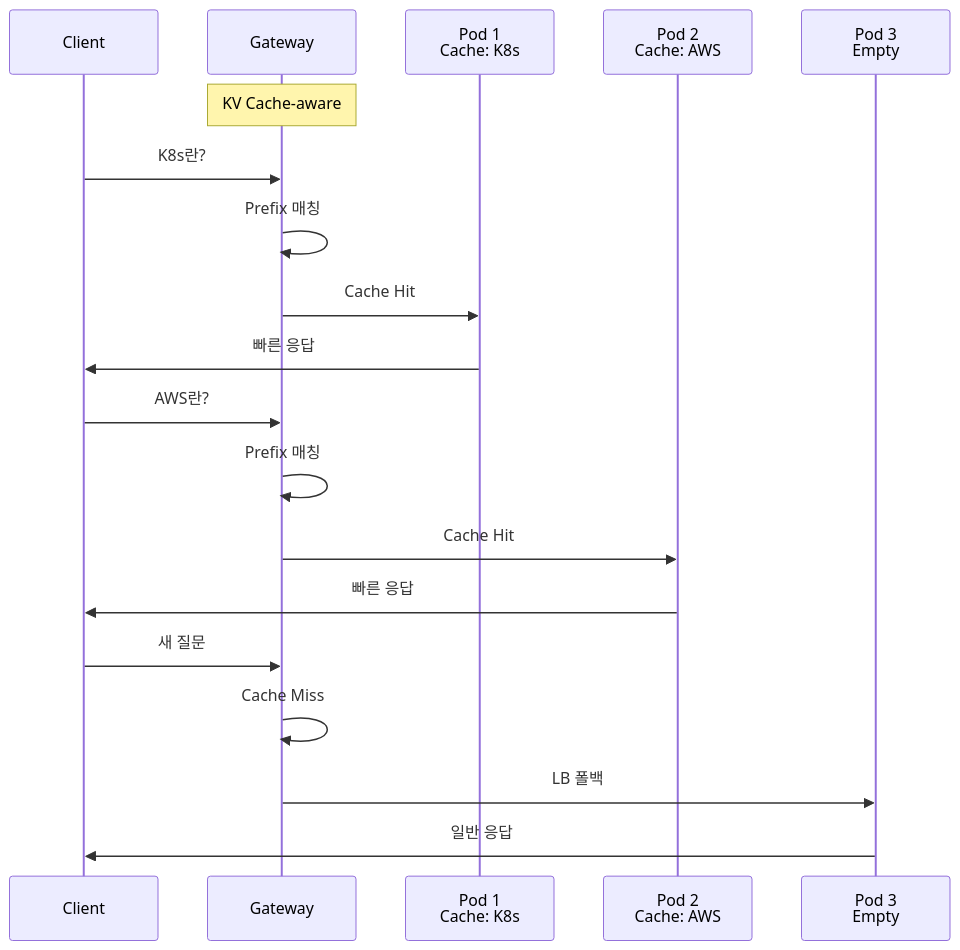
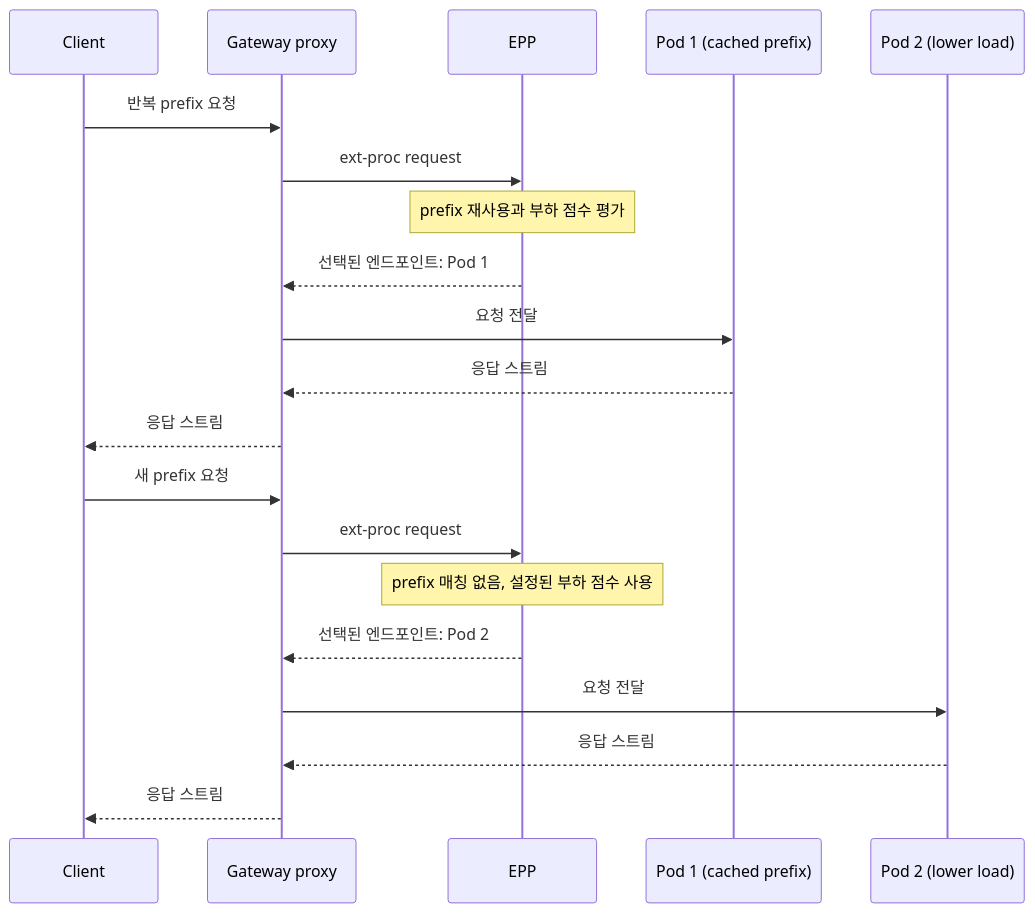
Before and after one commit to devfloor9/engineering-playbook: the second of 4 diagrams in docs/agentic-ai-platform/model-serving/inference-frameworks/llm-d-eks-automode.md, drawn with Mermaid. The commit also changed other lines of this file and 10 other files, not shown here.

````diff
--- a/docs/agentic-ai-platform/model-serving/inference-frameworks/llm-d-eks-automode.md
+++ b/docs/agentic-ai-platform/model-serving/inference-frameworks/llm-d-eks-automode.md
@@ -139,25 +161,22 @@
 ```mermaid
 sequenceDiagram
     participant C as Client
-    participant GW as Gateway
-    participant P1 as Pod 1<br/>Cache: K8s
-    participant P2 as Pod 2<br/>Cache: AWS
-    participant P3 as Pod 3<br/>Empty
-
-    Note over GW: KV Cache-aware
-
-    C->>GW: K8s란?
-    GW->>GW: Prefix 매칭
-    GW->>P1: Cache Hit
-    P1->>C: 빠른 응답
-
-    C->>GW: AWS란?
-    GW->>GW: Prefix 매칭
-    GW->>P2: Cache Hit
-    P2->>C: 빠른 응답
-
-    C->>GW: 새 질문
-    GW->>GW: Cache Miss
-    GW->>P3: LB 폴백
-    P3->>C: 일반 응답
+    participant GW as Gateway proxy
+    participant E as EPP
+    participant P1 as Pod 1 (cached prefix)
+    participant P2 as Pod 2 (lower load)
+    C->>GW: 반복 prefix 요청
+    GW->>E: ext-proc request
+    Note over E: prefix 재사용과 부하 점수 평가
+    E-->>GW: 선택된 엔드포인트: Pod 1
+    GW->>P1: 요청 전달
+    P1-->>GW: 응답 스트림
+    GW-->>C: 응답 스트림
+    C->>GW: 새 prefix 요청
+    GW->>E: ext-proc request
+    Note over E: prefix 매칭 없음, 설정된 부하 점수 사용
+    E-->>GW: 선택된 엔드포인트: Pod 2
+    GW->>P2: 요청 전달
+    P2-->>GW: 응답 스트림
+    GW-->>C: 응답 스트림
 ```
````
